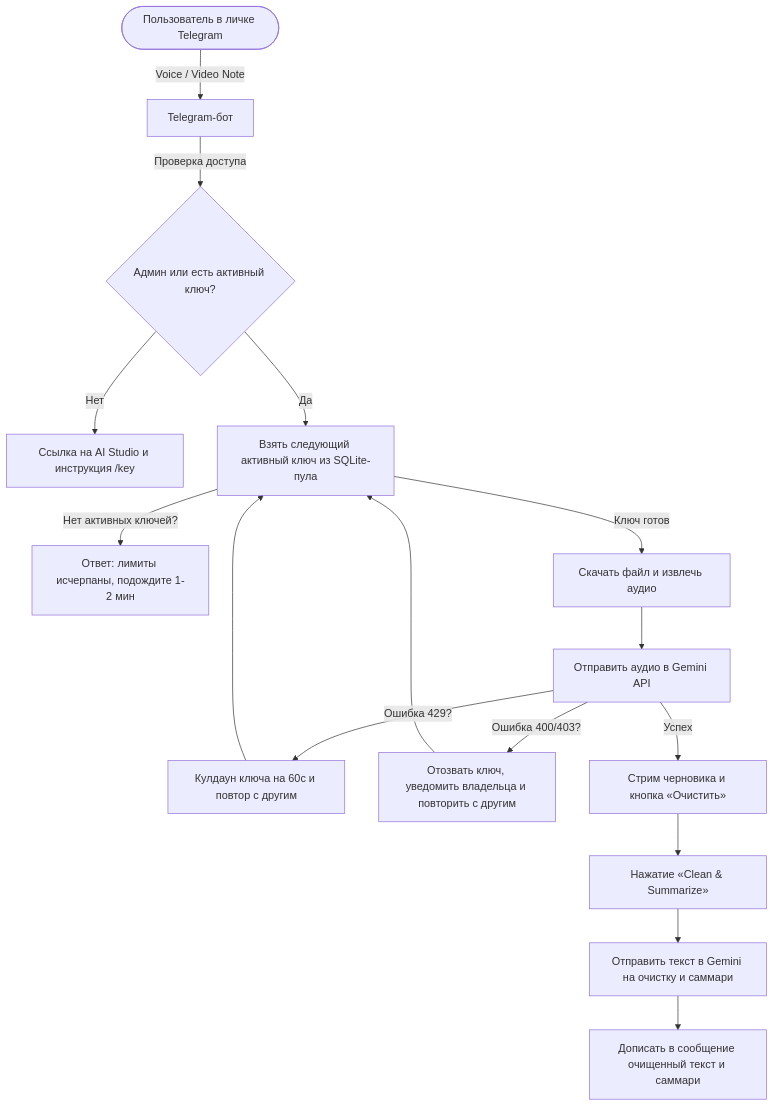
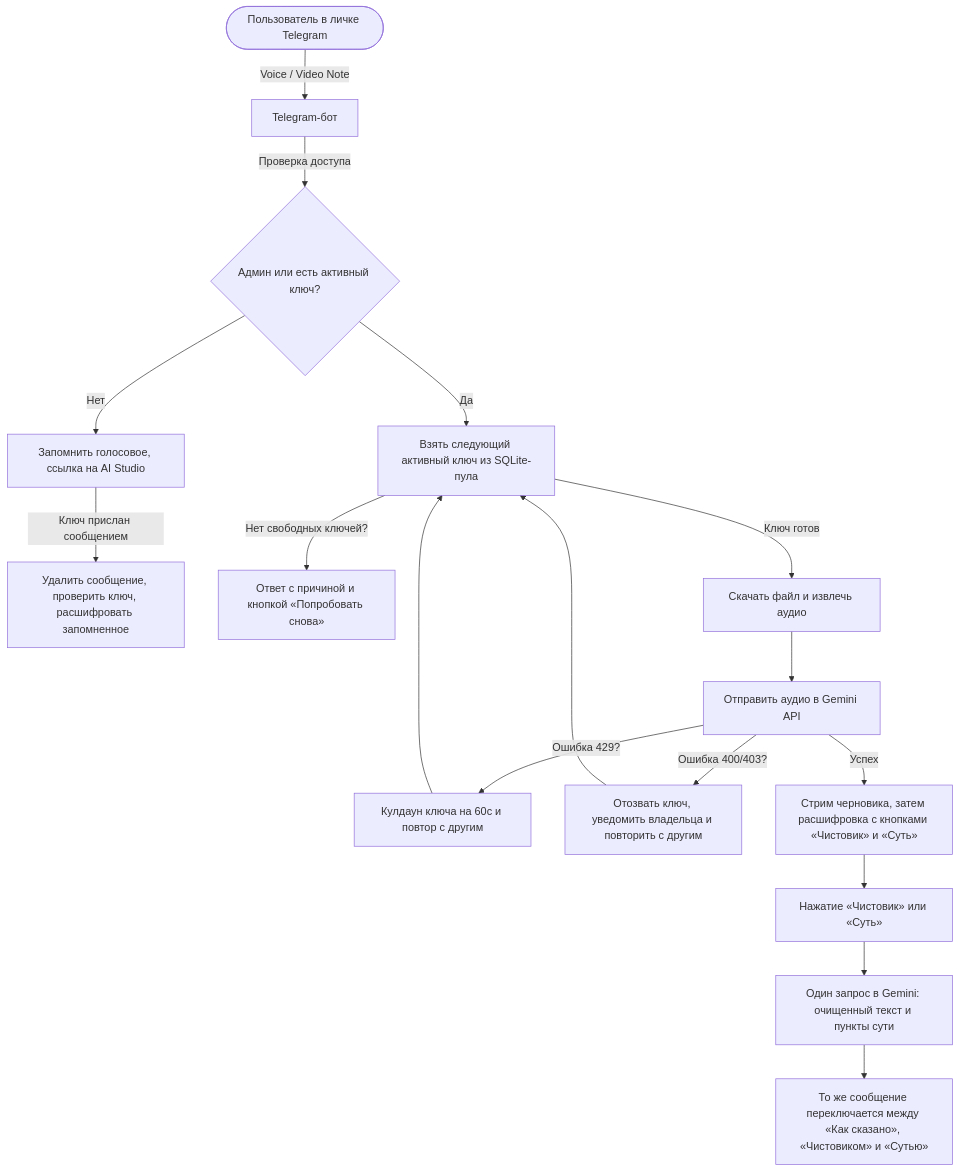
One commit to renkagod/tg-voice-stt changed the diagram in README.md. Above: the diagram before and after it, drawn with Mermaid. The commit also changed other lines of this file, not shown here.

Commit message:
docs: describe the new transcript cards and key flow

````diff
--- a/README.md
+++ b/README.md
@@ -84,18 +88,19 @@
 ```mermaid
 flowchart TD
     User([Пользователь в личке Telegram]) -->|Voice / Video Note| Bot[Telegram-бот]
     Bot -->|Проверка доступа| Access{Админ или есть активный ключ?}
-    Access -->|Нет| PromptKey[Ссылка на AI Studio и инструкция /key]
+    Access -->|Нет| PromptKey[Запомнить голосовое, ссылка на AI Studio]
+    PromptKey -->|Ключ прислан сообщением| AddKey[Удалить сообщение, проверить ключ, расшифровать запомненное]
     Access -->|Да| FetchKey[Взять следующий активный ключ из SQLite-пула]
-    FetchKey -->|Нет активных ключей?| Exhausted[Ответ: лимиты исчерпаны, подождите 1-2 мин]
+    FetchKey -->|Нет свободных ключей?| Exhausted[Ответ с причиной и кнопкой «Попробовать снова»]
     FetchKey -->|Ключ готов| Download[Скачать файл и извлечь аудио]
     Download --> SendGemini[Отправить аудио в Gemini API]
     SendGemini -->|Ошибка 429?| Cooldown[Кулдаун ключа на 60с и повтор с другим]
     Cooldown --> FetchKey
     SendGemini -->|Ошибка 400/403?| Revoke[Отозвать ключ, уведомить владельца и повторить с другим]
     Revoke --> FetchKey
-    SendGemini -->|Успех| StreamDraft[Стрим черновика и кнопка «Очистить»]
-    StreamDraft --> Click[Нажатие «Clean & Summarize»]
-    Click --> GeminiClean[Отправить текст в Gemini на очистку и саммари]
-    GeminiClean --> Edit[Дописать в сообщение очищенный текст и саммари]
+    SendGemini -->|Успех| StreamDraft[Стрим черновика, затем расшифровка с кнопками «Чистовик» и «Суть»]
+    StreamDraft --> Click[Нажатие «Чистовик» или «Суть»]
+    Click --> GeminiClean[Один запрос в Gemini: очищенный текст и пункты сути]
+    GeminiClean --> Edit[То же сообщение переключается между «Как сказано», «Чистовиком» и «Сутью»]
 ```
````
